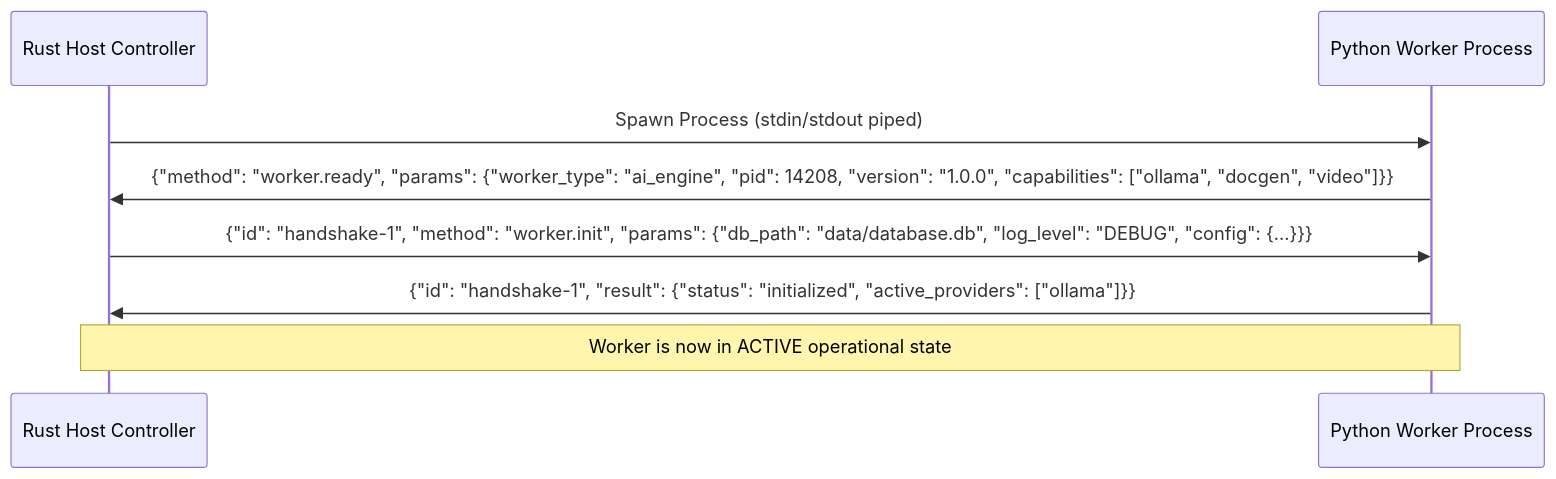
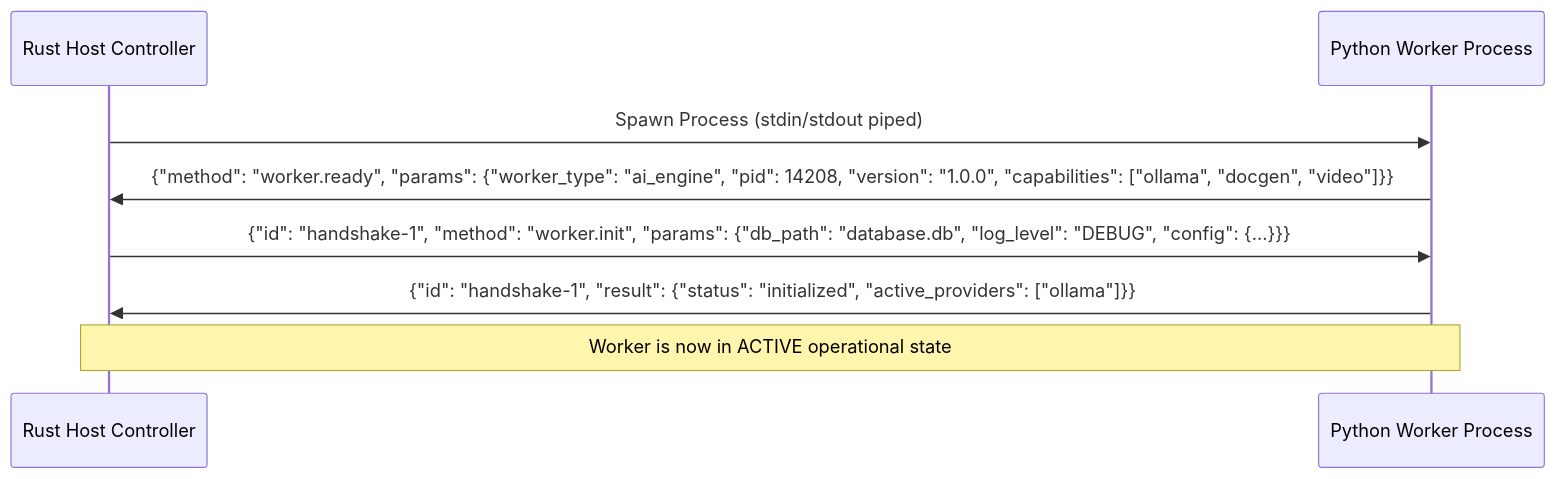
One commit to joaofarys200/ai-company-orchestrator changed the diagram in docs/architecture/TAURI_WORKER_PROTOCOL.md. Above: the diagram before and after it, drawn with Mermaid. The commit also changed 8 other files, not shown here.

Commit message:
docs(architecture): Stage 0.3 final baseline and architectural reconciliation

````diff
--- a/docs/architecture/TAURI_WORKER_PROTOCOL.md
+++ b/docs/architecture/TAURI_WORKER_PROTOCOL.md
@@ -268,11 +268,11 @@
 ```mermaid
 sequenceDiagram
     participant Rust as Rust Host Controller
     participant Py as Python Worker Process
 
     Rust->>Py: Spawn Process (stdin/stdout piped)
     Py->>Rust: {"method": "worker.ready", "params": {"worker_type": "ai_engine", "pid": 14208, "version": "1.0.0", "capabilities": ["ollama", "docgen", "video"]}}
-    Rust->>Py: {"id": "handshake-1", "method": "worker.init", "params": {"db_path": "data/database.db", "log_level": "DEBUG", "config": {...}}}
+    Rust->>Py: {"id": "handshake-1", "method": "worker.init", "params": {"db_path": "database.db", "log_level": "DEBUG", "config": {...}}}
     Py->>Rust: {"id": "handshake-1", "result": {"status": "initialized", "active_providers": ["ollama"]}}
     Note over Rust,Py: Worker is now in ACTIVE operational state
 ```
````
